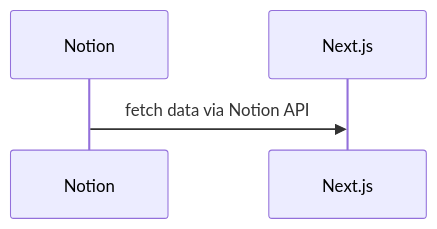
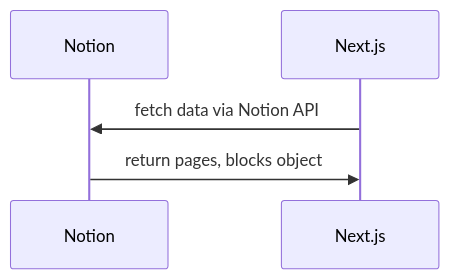
One commit to samuraikun/notion-headless-cms-nextjs-blog changed the diagram in README.md. Above: the diagram before and after it, drawn with Mermaid. The commit also changed other lines of this file, not shown here.

````diff
--- a/README.md
+++ b/README.md
@@ -15,6 +17,7 @@
 ```mermaid
 sequenceDiagram
   participant Notion
   participant Next.js
-  Notion->>Next.js: fetch data via Notion API
+  Next.js->>Notion: fetch data via Notion API
+  Notion->>Next.js: return pages, blocks object
 ```
````
